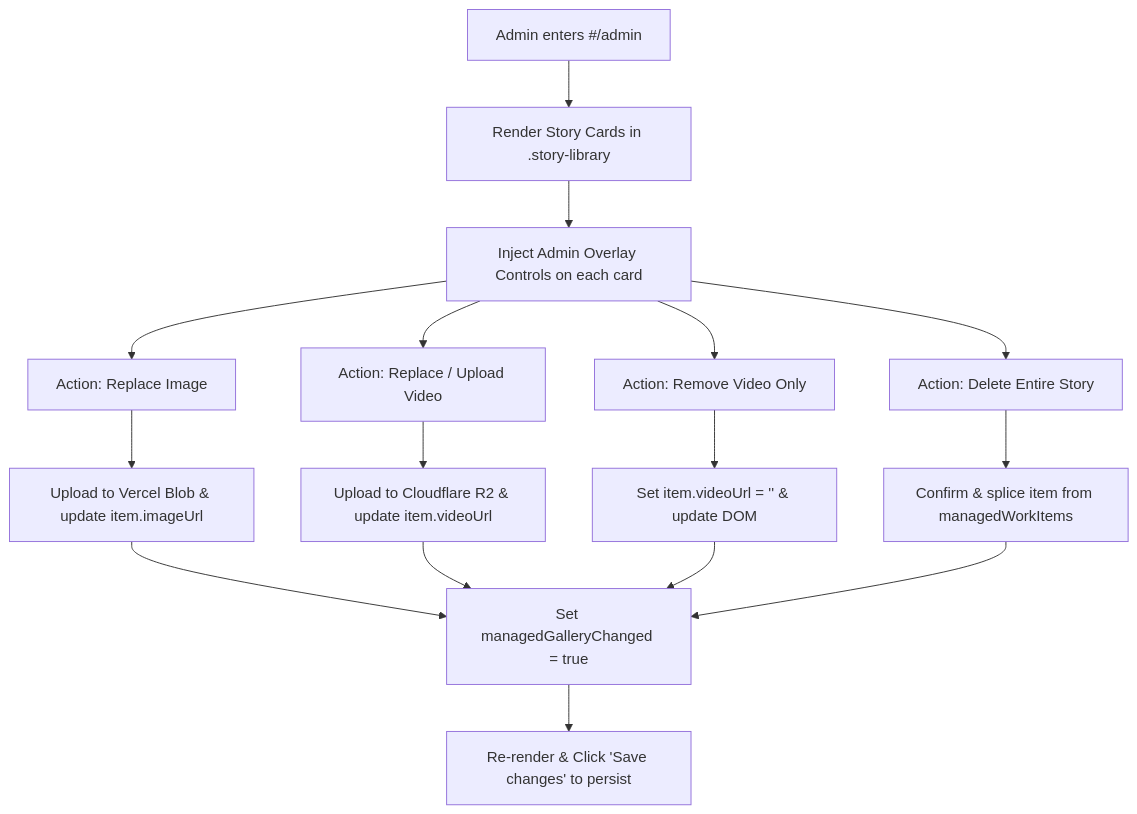
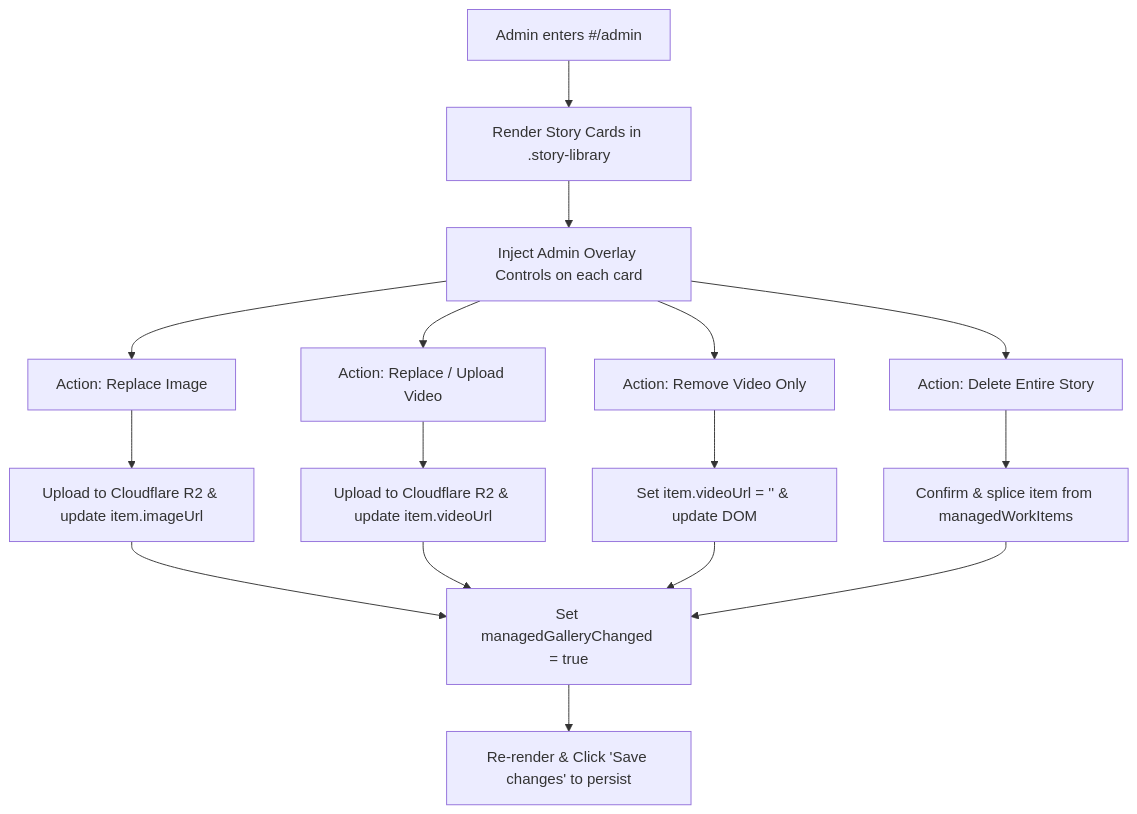
One commit to nsp1919/EVR-Productions changed the diagram in EVR-Client-Concept/WORK-PAGE-MEDIA-MANAGEMENT-PLAN.md. Above: the diagram before and after it, drawn with Mermaid. The commit also changed other lines of this file and 17 other files, not shown here.

````diff
--- a/EVR-Client-Concept/WORK-PAGE-MEDIA-MANAGEMENT-PLAN.md
+++ b/EVR-Client-Concept/WORK-PAGE-MEDIA-MANAGEMENT-PLAN.md
@@ -67,18 +67,18 @@
 ```mermaid
 flowchart TD
     A[Admin enters #/admin] --> B[Render Story Cards in .story-library]
     B --> C[Inject Admin Overlay Controls on each card]
     C --> D1[Action: Replace Image]
     C --> D2[Action: Replace / Upload Video]
     C --> D3[Action: Remove Video Only]
     C --> D4[Action: Delete Entire Story]
-    D1 --> E[Upload to Vercel Blob & update item.imageUrl]
+    D1 --> E[Upload to Cloudflare R2 & update item.imageUrl]
     D2 --> F[Upload to Cloudflare R2 & update item.videoUrl]
     D3 --> G[Set item.videoUrl = '' & update DOM]
     D4 --> H[Confirm & splice item from managedWorkItems]
     E --> I[Set managedGalleryChanged = true]
     F --> I
     G --> I
     H --> I
     I --> J[Re-render & Click 'Save changes' to persist]
 ```
````
